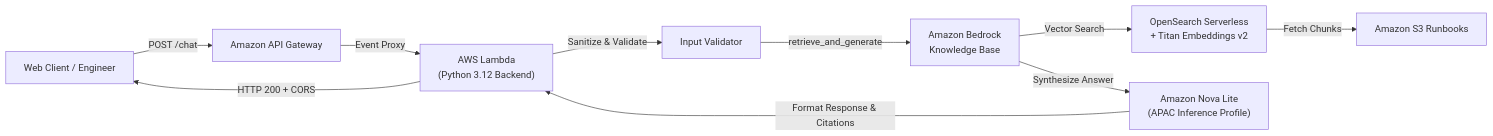
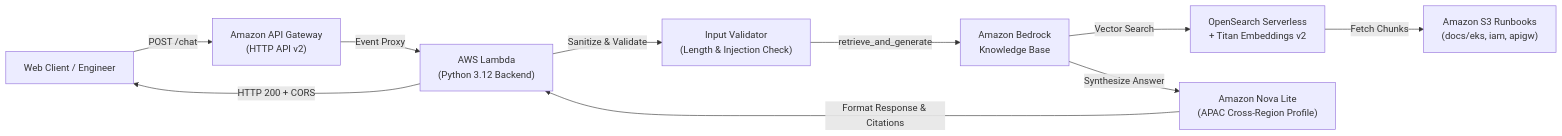
One commit to rits1309/AWS-Infrastructure-Troubleshooting-Chatbot changed the diagram in README.md. Above: the diagram before and after it, drawn with Mermaid. The commit also changed other lines of this file, not shown here.

````diff
--- a/README.md
+++ b/README.md
@@ -13,12 +20,12 @@
 ```mermaid
 flowchart LR
-    A["Web Client / Engineer"] -->|"POST /chat"| B["Amazon API Gateway"]
+    A["Web Client / Engineer"] -->|"POST /chat"| B["Amazon API Gateway\n(HTTP API v2)"]
     B -->|"Event Proxy"| C["AWS Lambda\n(Python 3.12 Backend)"]
-    C -->|"Sanitize & Validate"| D["Input Validator"]
+    C -->|"Sanitize & Validate"| D["Input Validator\n(Length & Injection Check)"]
     D -->|"retrieve_and_generate"| E["Amazon Bedrock\nKnowledge Base"]
     E -->|"Vector Search"| F["OpenSearch Serverless\n+ Titan Embeddings v2"]
-    F -->|"Fetch Chunks"| G["Amazon S3 Runbooks"]
-    E -->|"Synthesize Answer"| H["Amazon Nova Lite\n(APAC Inference Profile)"]
+    F -->|"Fetch Chunks"| G["Amazon S3 Runbooks\n(docs/eks, iam, apigw)"]
+    E -->|"Synthesize Answer"| H["Amazon Nova Lite\n(APAC Cross-Region Profile)"]
     H -->|"Format Response & Citations"| C
     C -->|"HTTP 200 + CORS"| A
 ```
````
